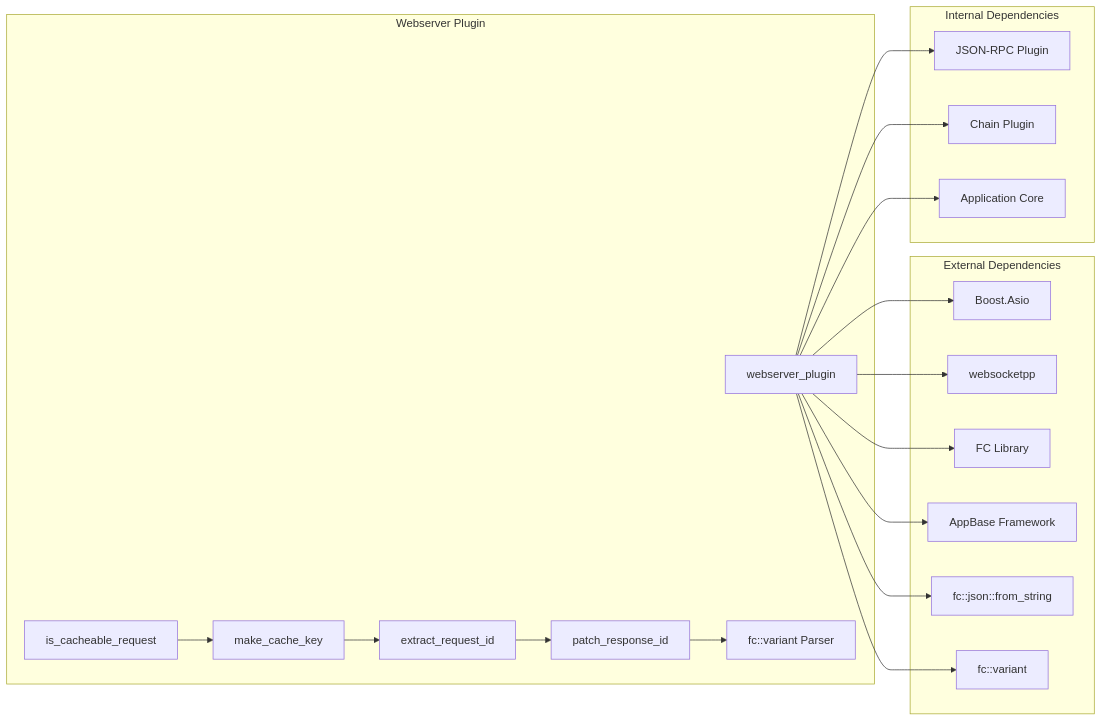
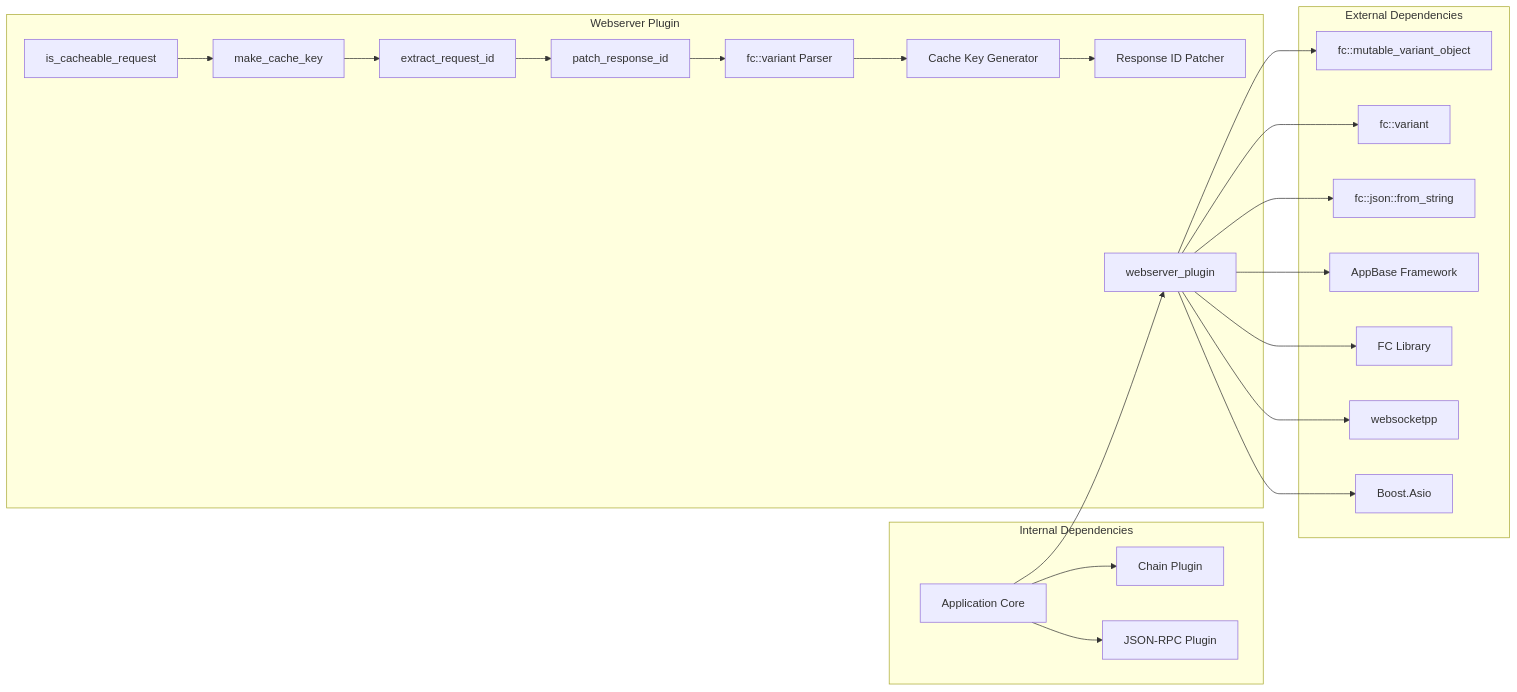
One commit to VIZ-Blockchain/viz-cpp-node changed the ninth of 12 diagrams in .qoder/repowiki/en/content/Webserver Plugin.md. Above: the diagram before and after it, drawn with Mermaid. The commit also changed other lines of this file and 3 other files, not shown here.

First line of the commit message:
feat(webserver): improve JSON-RPC caching with fc::variant-based parsing

````diff
--- a/.qoder/repowiki/en/content/Webserver Plugin.md
+++ b/.qoder/repowiki/en/content/Webserver Plugin.md
@@ -383,37 +402,43 @@
 ```mermaid
 graph LR
 subgraph "External Dependencies"
 A[Boost.Asio]
 B[websocketpp]
 C[FC Library]
 D[AppBase Framework]
 E[fc::json::from_string]
 F[fc::variant]
+G[fc::mutable_variant_object]
 end
 subgraph "Internal Dependencies"
-G[JSON-RPC Plugin]
-H[Chain Plugin]
-I[Application Core]
+H[JSON-RPC Plugin]
+I[Chain Plugin]
+J[Application Core]
 end
 subgraph "Webserver Plugin"
-J[webserver_plugin]
-K[is_cacheable_request]
-L[make_cache_key]
-M[extract_request_id]
-N[patch_response_id]
-O[fc::variant Parser]
+K[webserver_plugin]
+L[is_cacheable_request]
+M[make_cache_key]
+N[extract_request_id]
+O[patch_response_id]
+P[fc::variant Parser]
+Q[Cache Key Generator]
+R[Response ID Patcher]
 end
-J --> G
 J --> H
 J --> I
-J --> A
-J --> B
-J --> C
-J --> D
-J --> E
-J --> F
-K --> L
+J --> K
+K --> A
+K --> B
+K --> C
+K --> D
+K --> E
+K --> F
+K --> G
 L --> M
 M --> N
 N --> O
+O --> P
+P --> Q
+Q --> R
 ```
````
